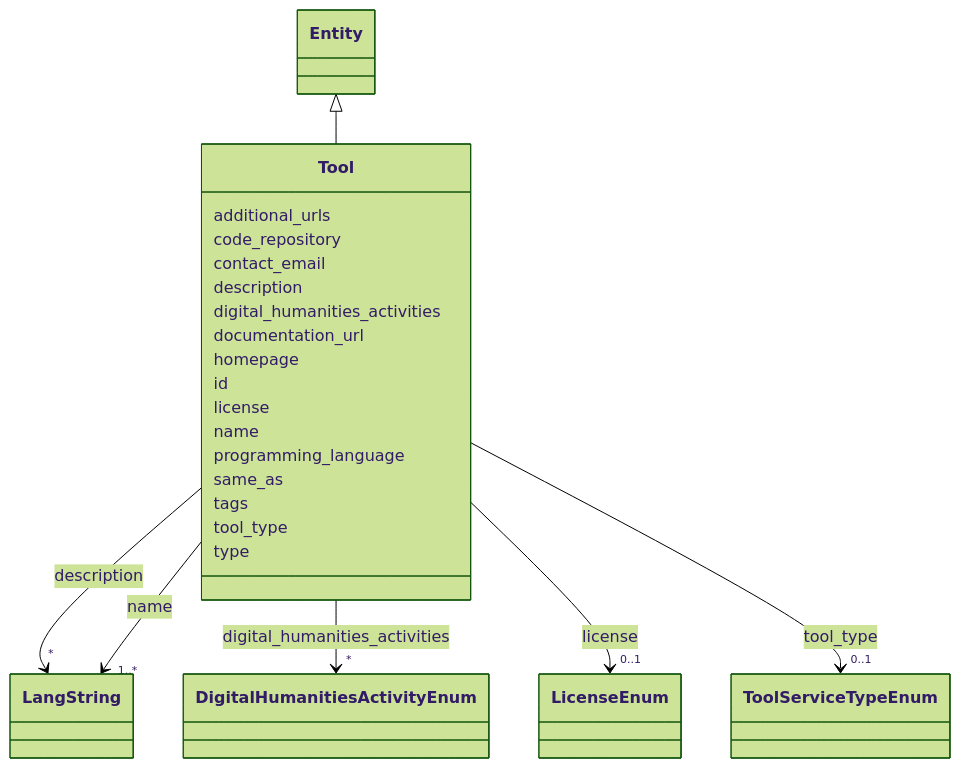
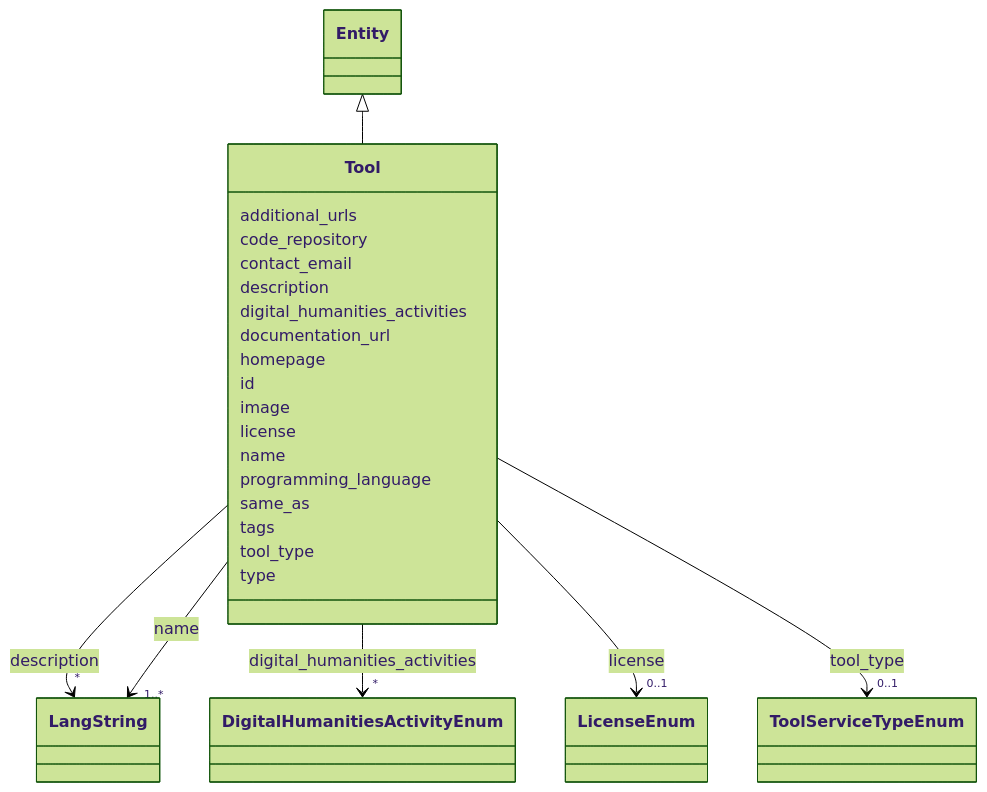
One commit to DARIAH-IL/idhi-manifests changed the diagram in docs/classes/Tool.md. Above: the diagram before and after it, drawn with Mermaid (forest theme). The commit also changed other lines of this file and 20 other files, not shown here.

```diff
--- a/docs/classes/Tool.md
+++ b/docs/classes/Tool.md
@@ -65,6 +65,8 @@
       Tool : homepage
         
       Tool : id
+        
+      Tool : image
         
       Tool : license
         
```
